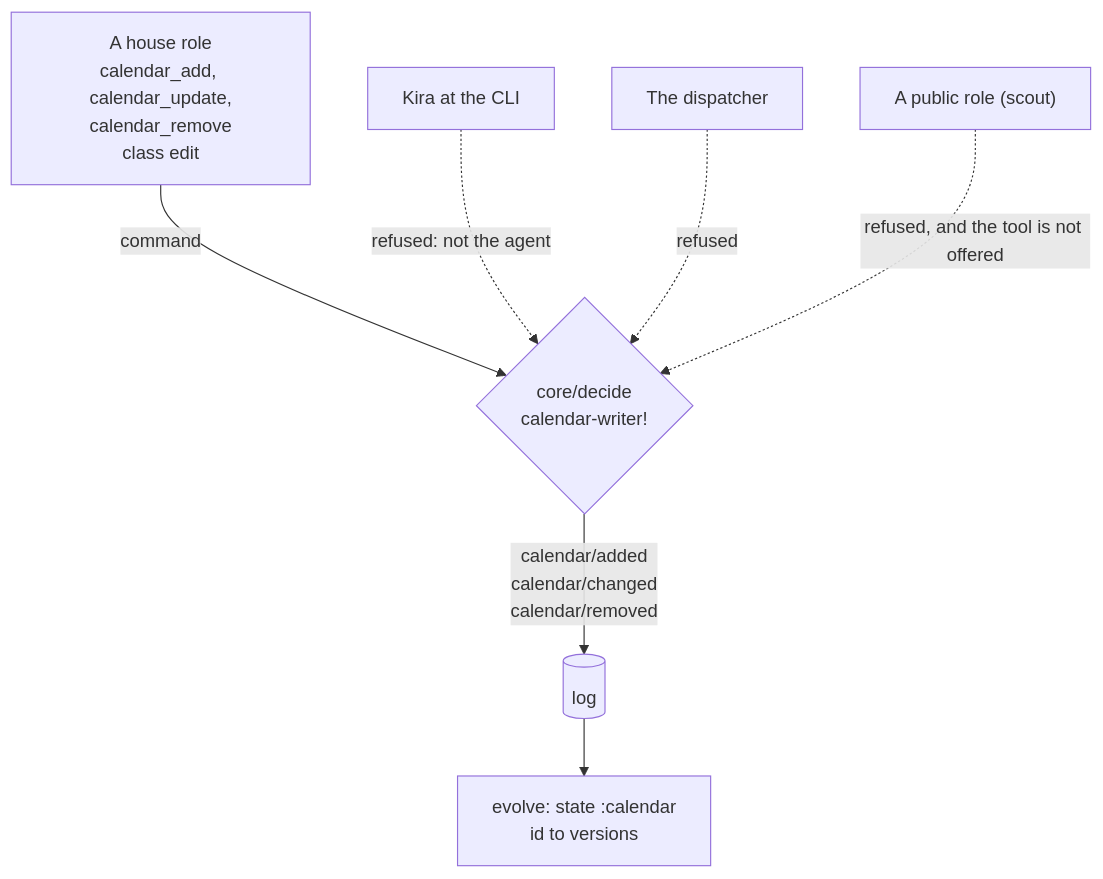
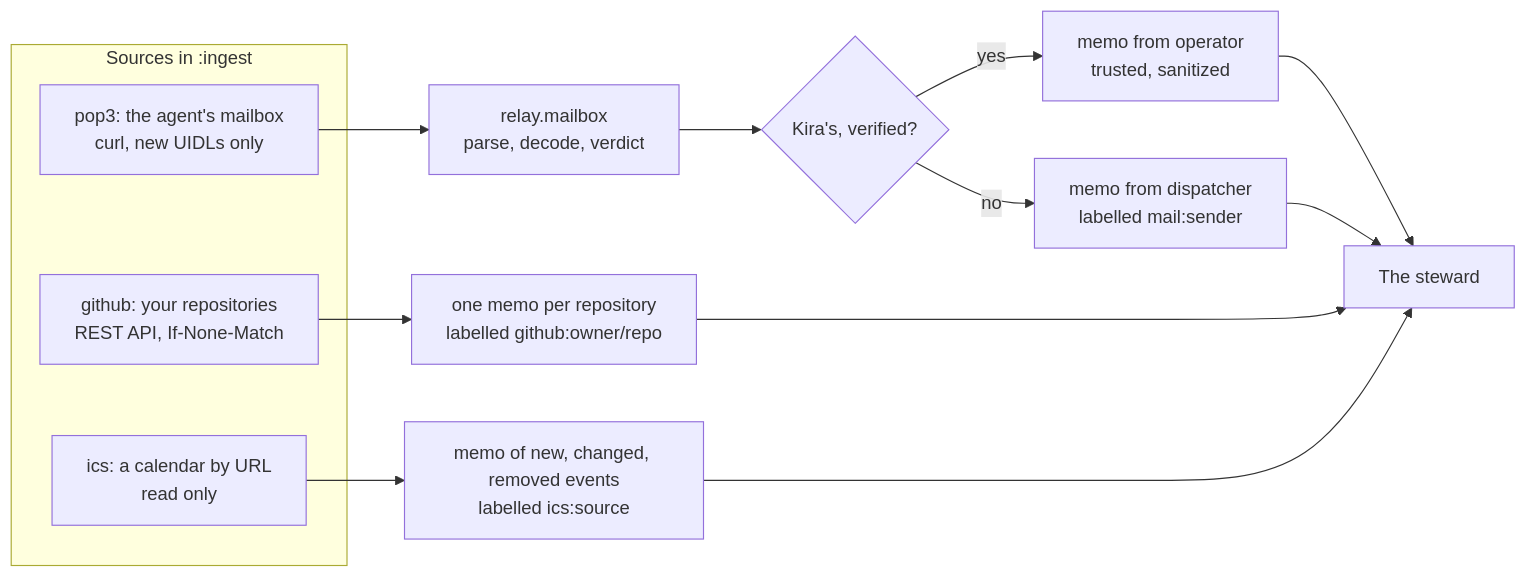
The sixth of 11 diagrams in docs/architecture.md (kirahowe/relay), drawn with Mermaid before and after one commit. The commit also changed other lines of this file, not shown here.

First line of the commit message:
Rewrite the architecture page from the code on main

````diff
--- a/docs/architecture.md
+++ b/docs/architecture.md
@@ -242,9 +270,18 @@
 ```mermaid
-flowchart TB
-    role["A house role<br/>calendar_add, calendar_update,<br/>calendar_remove<br/>class edit"] -->|"command"| decide{"core/decide<br/>calendar-writer!"}
-    op["Kira at the CLI"] -.->|"refused: not the agent"| decide
-    disp["The dispatcher"] -.->|"refused"| decide
-    pub["A public role (scout)"] -.->|"refused, and the tool is not offered"| decide
-    decide -->|"calendar/added<br/>calendar/changed<br/>calendar/removed"| log[("log")]
-    log --> fold["evolve: state :calendar<br/>id to versions"]
+flowchart LR
+    subgraph sources["Sources in :ingest"]
+        pop["pop3: the agent's mailbox<br/>curl, new UIDLs only"]
+        gh["github: your repositories<br/>REST API, If-None-Match"]
+        ics["ics: a calendar by URL<br/>read only"]
+    end
+    pop --> parse["relay.mailbox<br/>parse, decode, verdict"]
+    parse --> verdict{"Kira's, verified?"}
+    verdict -->|"yes"| opmail["memo from operator<br/>trusted, sanitized"]
+    verdict -->|"no"| outmail["memo from dispatcher<br/>labelled mail:sender"]
+    gh --> ghmemo["one memo per repository<br/>labelled github:owner/repo"]
+    ics --> icsmemo["memo of new, changed, removed events<br/>labelled ics:source"]
+    opmail --> steward["The steward"]
+    outmail --> steward
+    ghmemo --> steward
+    icsmemo --> steward
 ```
````
